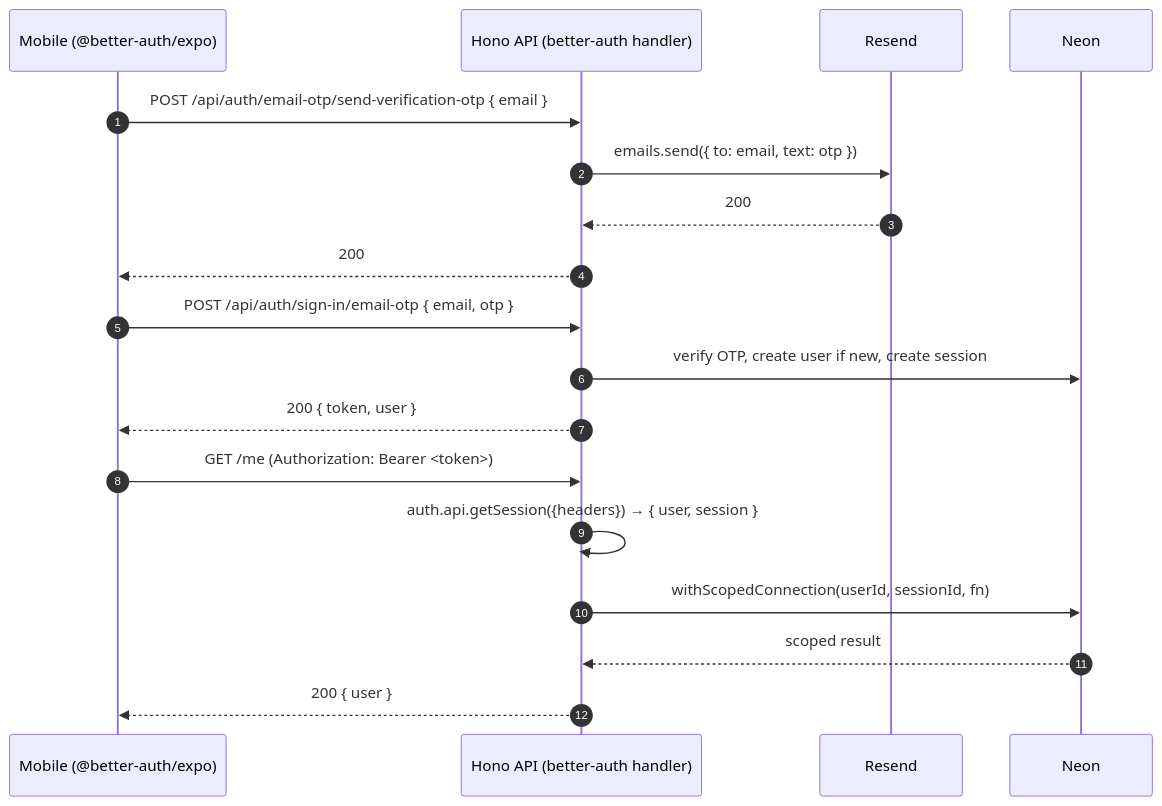
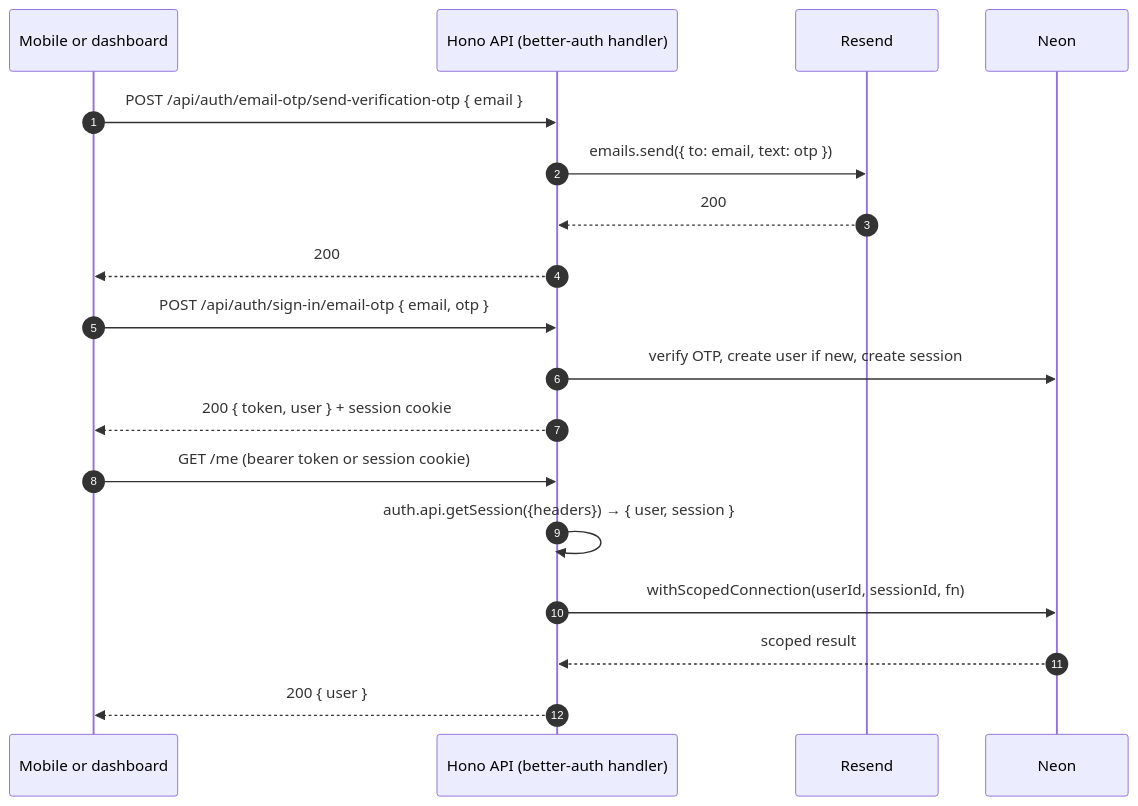
One commit to patrickchin/harpa-pro changed the diagram in docs/v4/arch-auth-and-rls.md. Above: the diagram before and after it, drawn with Mermaid. The commit also changed other lines of this file and 3 other files, not shown here.

Commit message:
docs(dashboard): record release candidate architecture

````diff
--- a/docs/v4/arch-auth-and-rls.md
+++ b/docs/v4/arch-auth-and-rls.md
@@ -22,23 +23,23 @@
 ```mermaid
 sequenceDiagram
   autonumber
-  participant App as Mobile (@better-auth/expo)
+  participant App as Mobile or dashboard
   participant API as Hono API (better-auth handler)
   participant R as Resend
   participant DB as Neon
 
   App->>API: POST /api/auth/email-otp/send-verification-otp { email }
   API->>R: emails.send({ to: email, text: otp })
   R-->>API: 200
   API-->>App: 200
 
   App->>API: POST /api/auth/sign-in/email-otp { email, otp }
   API->>DB: verify OTP, create user if new, create session
-  API-->>App: 200 { token, user }
+  API-->>App: 200 { token, user } + session cookie
 
-  App->>API: GET /me  (Authorization: Bearer <token>)
+  App->>API: GET /me (bearer token or session cookie)
   API->>API: auth.api.getSession({headers}) → { user, session }
   API->>DB: withScopedConnection(userId, sessionId, fn)
   DB-->>API: scoped result
   API-->>App: 200 { user }
 ```
````
